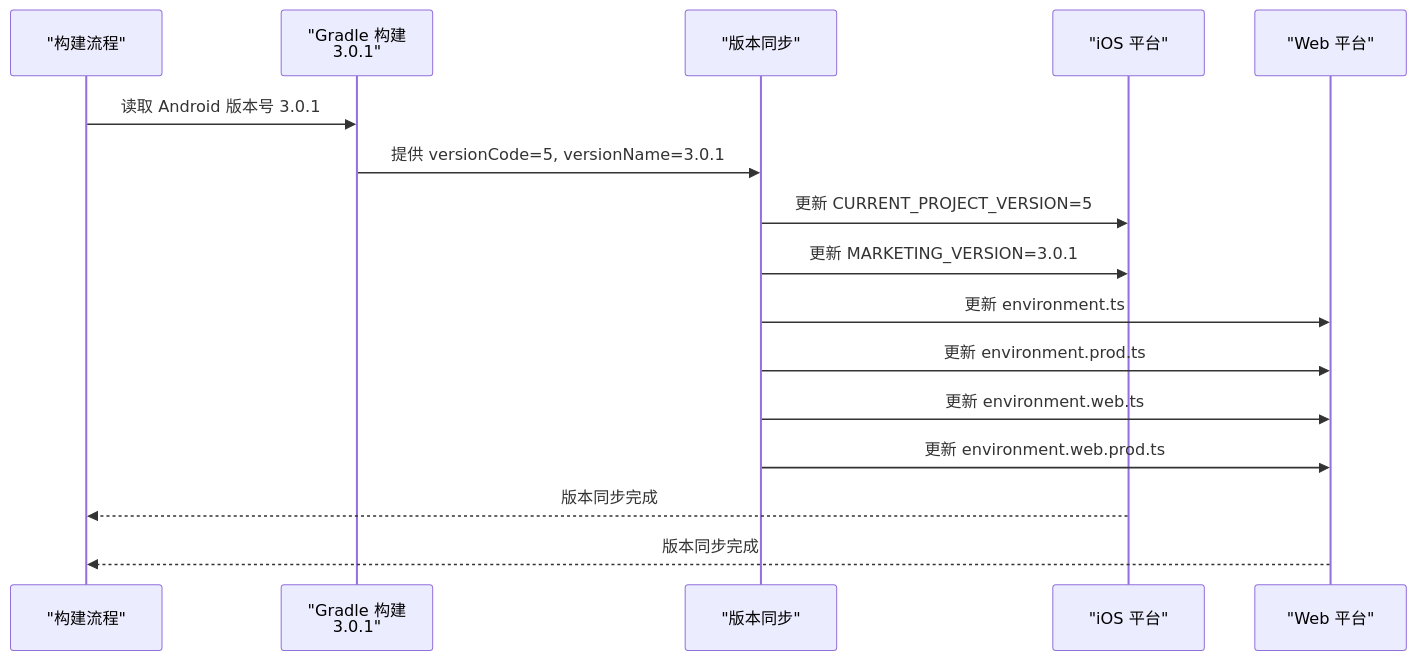
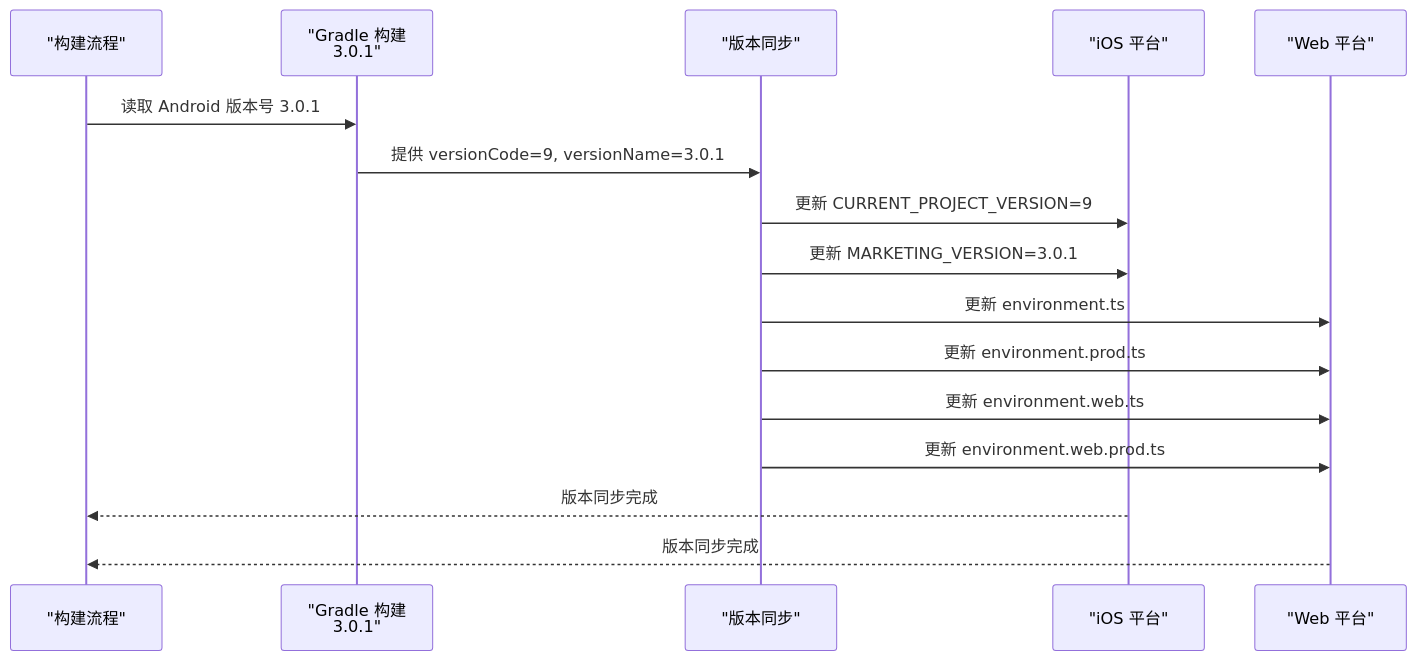
Before and after one commit to tea4go/Macro-Deck-Client-App: the fifth of 6 diagrams in .qoder/repowiki/zh/content/构建与部署/构建配置.md, drawn with Mermaid. The commit also changed other lines of this file and 15 other files, not shown here.

````diff
--- a/.qoder/repowiki/zh/content/构建与部署/构建配置.md
+++ b/.qoder/repowiki/zh/content/构建与部署/构建配置.md
@@ -909,18 +909,18 @@
 ```mermaid
 sequenceDiagram
 participant Build as "构建流程"
 participant Gradle as "Gradle 构建<br/>3.0.1"
 participant Sync as "版本同步"
 participant iOS as "iOS 平台"
 participant Web as "Web 平台"
 Build->>Gradle : 读取 Android 版本号 3.0.1
-Gradle->>Sync : 提供 versionCode=5, versionName=3.0.1
-Sync->>iOS : 更新 CURRENT_PROJECT_VERSION=5
+Gradle->>Sync : 提供 versionCode=9, versionName=3.0.1
+Sync->>iOS : 更新 CURRENT_PROJECT_VERSION=9
 Sync->>iOS : 更新 MARKETING_VERSION=3.0.1
 Sync->>Web : 更新 environment.ts
 Sync->>Web : 更新 environment.prod.ts
 Sync->>Web : 更新 environment.web.ts
 Sync->>Web : 更新 environment.web.prod.ts
 iOS-->>Build : 版本同步完成
 Web-->>Build : 版本同步完成
 ```
````
